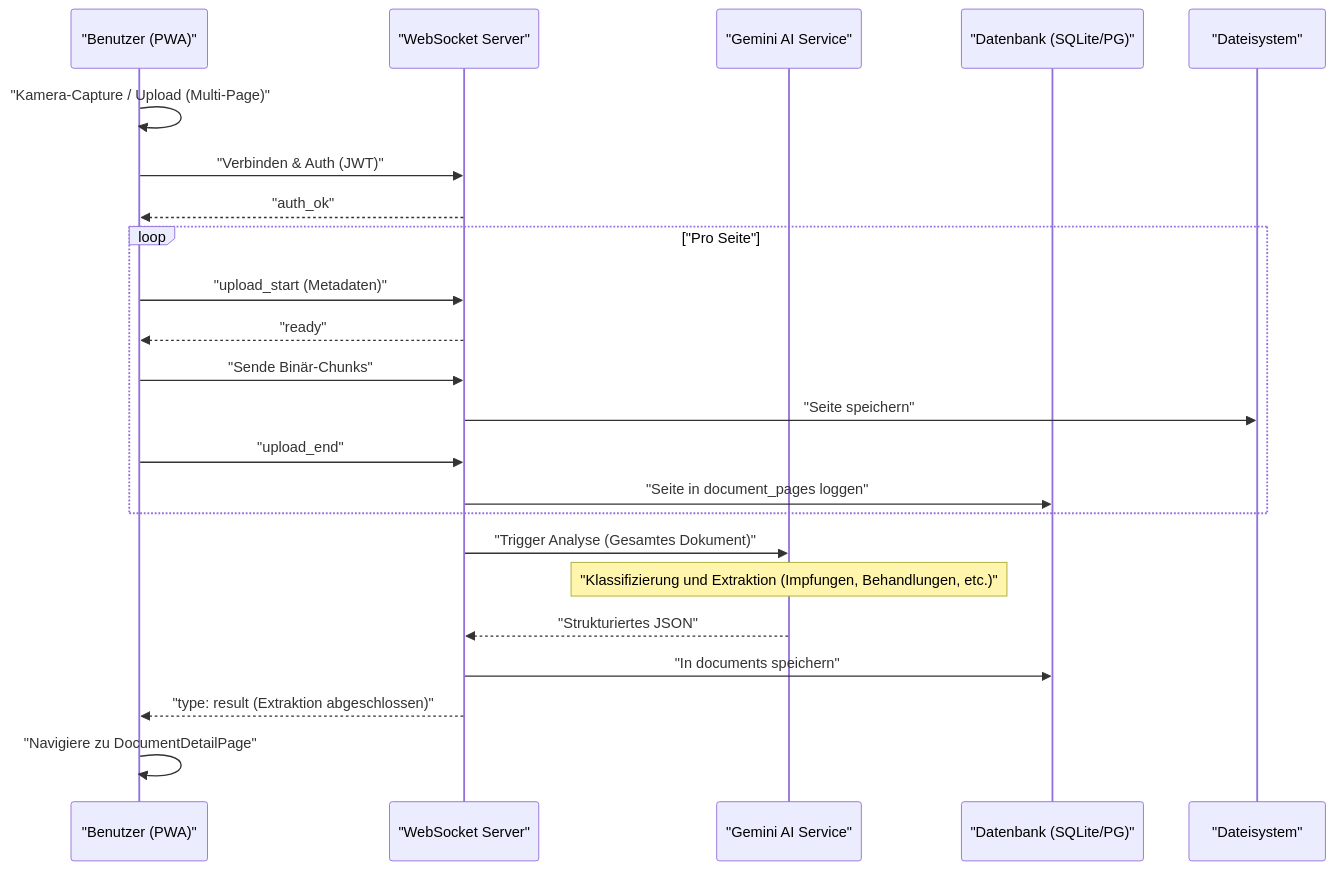
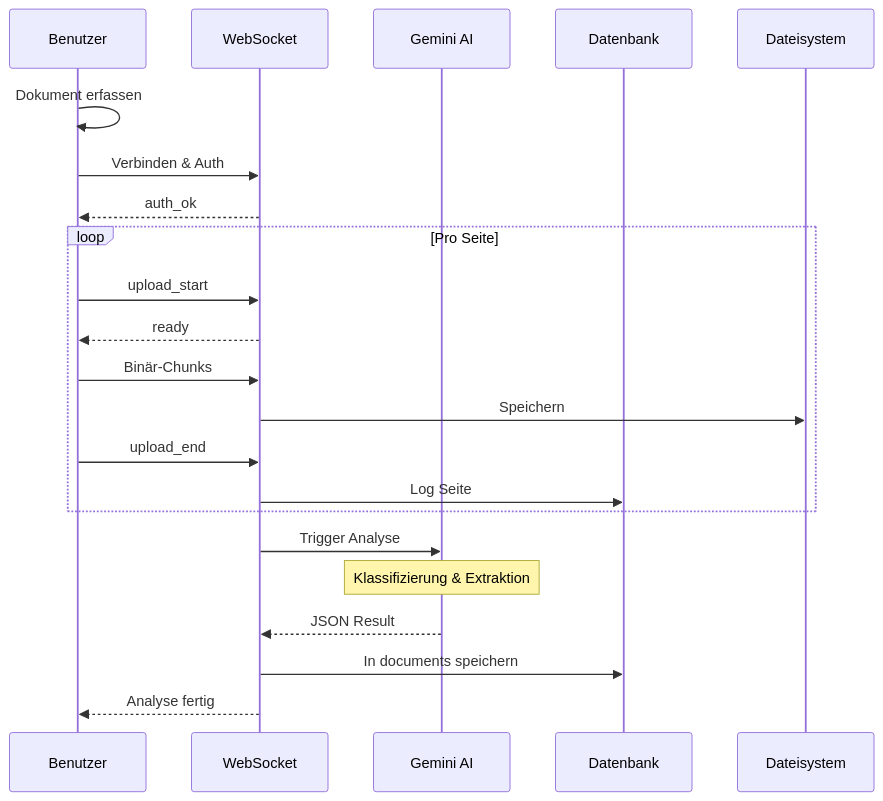
One commit to mpetutschnig/pawvax changed the second of 4 diagrams in documentation/PWA_WORKFLOWS.md. Above: the diagram before and after it, drawn with Mermaid. The commit also changed other lines of this file and 2 other files, not shown here.

Commit message:
docs: use minimal flowchart syntax for maximum compatibility, versionbump 20260512_1758

````diff
--- a/documentation/PWA_WORKFLOWS.md
+++ b/documentation/PWA_WORKFLOWS.md
@@ -46,28 +35,27 @@
 ```mermaid
 sequenceDiagram
-    participant U as "Benutzer (PWA)"
-    participant WS as "WebSocket Server"
-    participant OCR as "Gemini AI Service"
-    participant DB as "Datenbank (SQLite/PG)"
-    participant FS as "Dateisystem"
+    participant U as Benutzer
+    participant WS as WebSocket
+    participant OCR as Gemini AI
+    participant DB as Datenbank
+    participant FS as Dateisystem
 
-    U->>U: "Kamera-Capture / Upload (Multi-Page)"
-    U->>WS: "Verbinden & Auth (JWT)"
-    WS-->>U: "auth_ok"
+    U->>U: Dokument erfassen
+    U->>WS: Verbinden & Auth
+    WS-->>U: auth_ok
     
-    loop "Pro Seite"
-        U->>WS: "upload_start (Metadaten)"
-        WS-->>U: "ready"
-        U->>WS: "Sende Binär-Chunks"
-        WS->>FS: "Seite speichern"
-        U->>WS: "upload_end"
-        WS->>DB: "Seite in document_pages loggen"
+    loop Pro Seite
+        U->>WS: upload_start
+        WS-->>U: ready
+        U->>WS: Binär-Chunks
+        WS->>FS: Speichern
+        U->>WS: upload_end
+        WS->>DB: Log Seite
     end
     
-    WS->>OCR: "Trigger Analyse (Gesamtes Dokument)"
-    Note over OCR: "Klassifizierung und Extraktion (Impfungen, Behandlungen, etc.)"
-    OCR-->>WS: "Strukturiertes JSON"
-    WS->>DB: "In documents speichern"
-    WS-->>U: "type: result (Extraktion abgeschlossen)"
-    U->>U: "Navigiere zu DocumentDetailPage"
+    WS->>OCR: Trigger Analyse
+    Note over OCR: Klassifizierung & Extraktion
+    OCR-->>WS: JSON Result
+    WS->>DB: In documents speichern
+    WS-->>U: Analyse fertig
 ```
````
